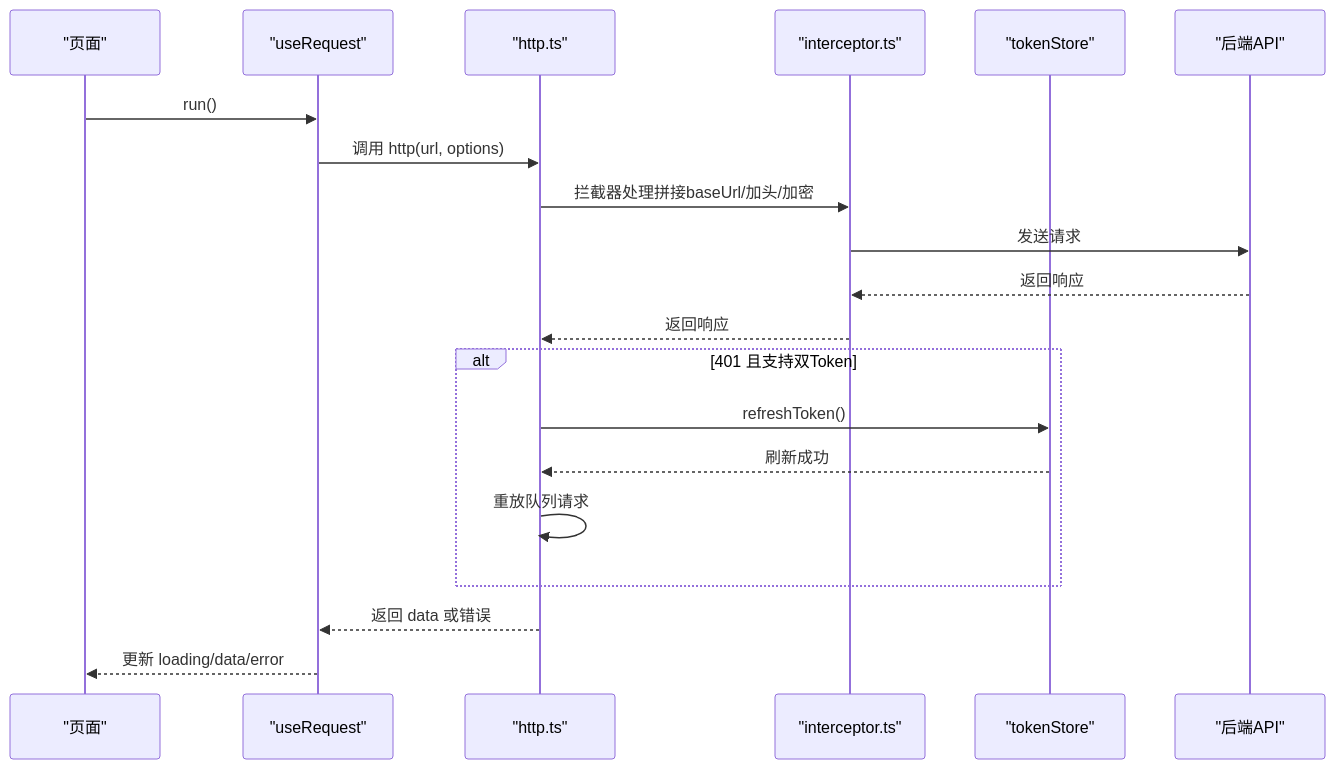
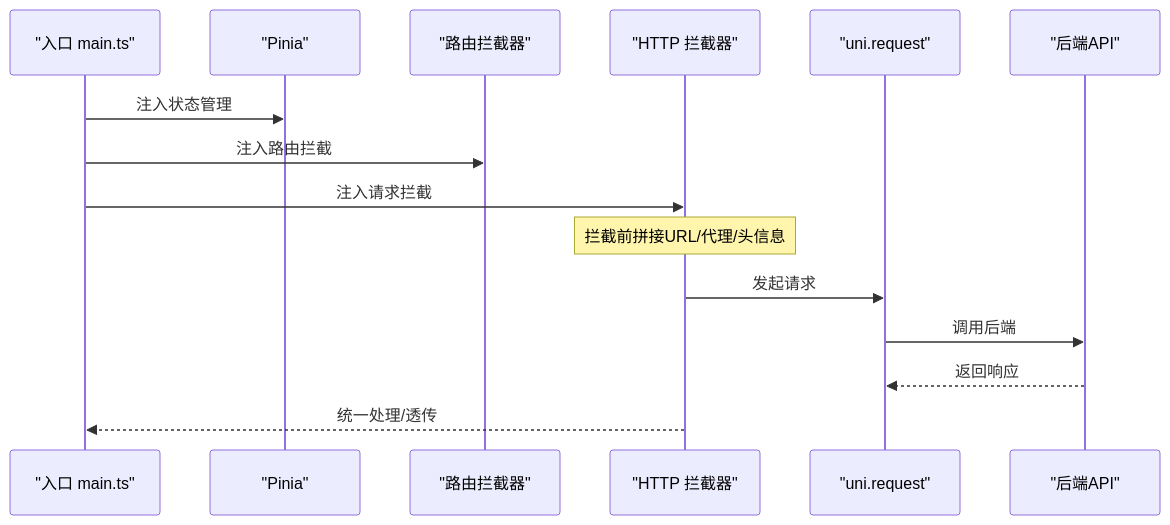
Before and after one commit to zhuangpengLI/AgenticCPS: the fourth of 6 diagrams in .qoder/repowiki/zh/content/前端应用架构/前端应用架构.md, drawn with Mermaid. The commit also changed other lines of this file and 293 other files, not shown here.

````diff
--- a/.qoder/repowiki/zh/content/前端应用架构/前端应用架构.md
+++ b/.qoder/repowiki/zh/content/前端应用架构/前端应用架构.md
@@ -225,22 +219,17 @@
 ```mermaid
 sequenceDiagram
-participant Page as "页面"
-participant Hook as "useRequest"
-participant Req as "http.ts"
-participant Inter as "interceptor.ts"
-participant Token as "tokenStore"
+participant Entry as "入口 main.ts"
+participant Store as "Pinia"
+participant RouteIntc as "路由拦截器"
+participant ReqIntc as "HTTP 拦截器"
+participant UniReq as "uni.request"
 participant API as "后端API"
-Page->>Hook : run()
-Hook->>Req : 调用 http(url, options)
-Req->>Inter : 拦截器处理拼接baseUrl/加头/加密
-Inter->>API : 发送请求
-API-->>Inter : 返回响应
-Inter-->>Req : 返回响应
-alt 401 且支持双Token
-Req->>Token : refreshToken()
-Token-->>Req : 刷新成功
-Req->>Req : 重放队列请求
-end
-Req-->>Hook : 返回 data 或错误
-Hook-->>Page : 更新 loading/data/error
+Entry->>Store : 注入状态管理
+Entry->>RouteIntc : 注入路由拦截
+Entry->>ReqIntc : 注入请求拦截
+Note over ReqIntc : 拦截前拼接URL/代理/头信息
+ReqIntc->>UniReq : 发起请求
+UniReq->>API : 调用后端
+API-->>UniReq : 返回响应
+ReqIntc-->>Entry : 统一处理/透传
 ```
````
